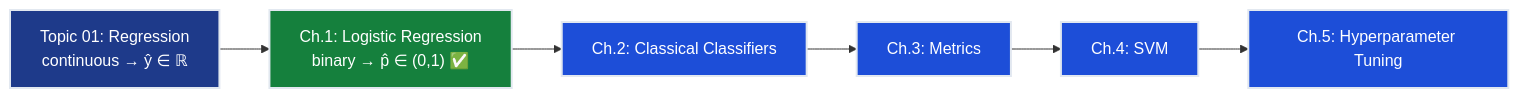
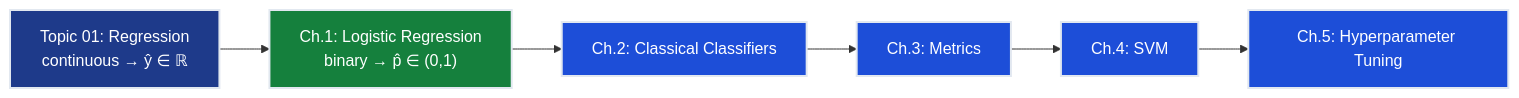
Before and after one commit to dsgouda7/ai-portfolio: the first of 5 diagrams in notes/01-ml/02-classification/ch01_logistic_regression/README.md, drawn with Mermaid. The commit also changed other lines of this file and 179 other files, not shown here.

````diff
--- a/notes/01-ml/02-classification/ch01_logistic_regression/README.md
+++ b/notes/01-ml/02-classification/ch01_logistic_regression/README.md
@@ -44,14 +44,14 @@
 ```mermaid
 graph LR
-    A["Topic 01: Regression<br/>continuous → ŷ ∈ ℝ"] --> B["Ch.1: Logistic Regression<br/>binary → p̂ ∈ (0,1) ✅"]
-    B --> C["Ch.2: Classical Classifiers"]
-    C --> D["Ch.3: Metrics"]
-    D --> E["Ch.4: SVM"]
-    E --> F["Ch.5: Hyperparameter Tuning"]
-    style A fill:#1e3a8a,stroke:#e2e8f0,stroke-width:2px,color:#ffffff
-    style B fill:#15803d,stroke:#e2e8f0,stroke-width:2px,color:#ffffff
-    style C fill:#1d4ed8,stroke:#e2e8f0,stroke-width:2px,color:#ffffff
-    style D fill:#1d4ed8,stroke:#e2e8f0,stroke-width:2px,color:#ffffff
-    style E fill:#1d4ed8,stroke:#e2e8f0,stroke-width:2px,color:#ffffff
-    style F fill:#1d4ed8,stroke:#e2e8f0,stroke-width:2px,color:#ffffff
+ A["Topic 01: Regression<br/>continuous → ŷ ∈ ℝ"] --> B["Ch.1: Logistic Regression<br/>binary → p̂ ∈ (0,1) "]
+ B --> C["Ch.2: Classical Classifiers"]
+ C --> D["Ch.3: Metrics"]
+ D --> E["Ch.4: SVM"]
+ E --> F["Ch.5: Hyperparameter Tuning"]
+ style A fill:#1e3a8a,stroke:#e2e8f0,stroke-width:2px,color:#ffffff
+ style B fill:#15803d,stroke:#e2e8f0,stroke-width:2px,color:#ffffff
+ style C fill:#1d4ed8,stroke:#e2e8f0,stroke-width:2px,color:#ffffff
+ style D fill:#1d4ed8,stroke:#e2e8f0,stroke-width:2px,color:#ffffff
+ style E fill:#1d4ed8,stroke:#e2e8f0,stroke-width:2px,color:#ffffff
+ style F fill:#1d4ed8,stroke:#e2e8f0,stroke-width:2px,color:#ffffff
 ```
````
